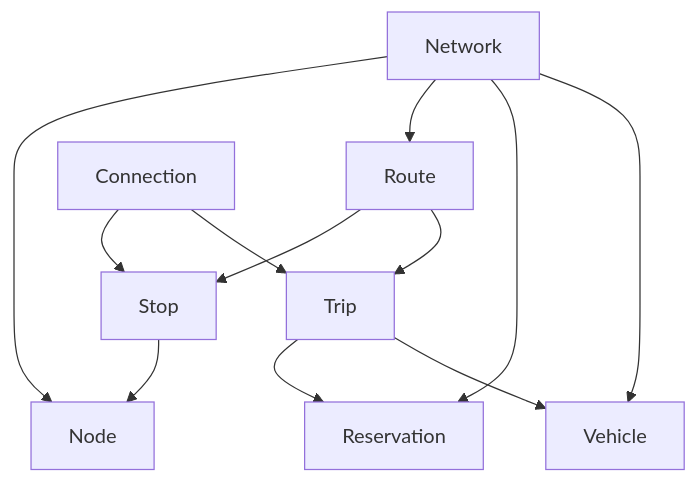
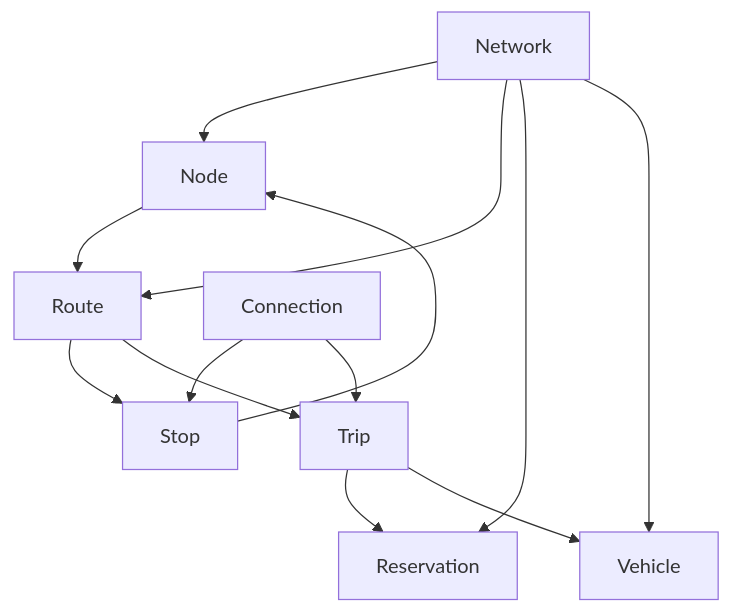
One commit to maptic/osurs changed the second of 2 diagrams in README.md. Above: the diagram before and after it, drawn with Mermaid.

Commit message:
Add connection of node to routes.

````diff
--- a/README.md
+++ b/README.md
@@ -34,14 +34,15 @@
 ```mermaid
 graph TD;
   Network-->Node;
   Network-->Route;
   Network-->Reservation;
   Network-->Vehicle;
   Route-->Stop;
   Route-->Trip;
+  Node-->Route;
   Stop-->Node;
   Trip-->Reservation;
   Trip-->Vehicle;
   Connection-->Stop;
   Connection-->Trip;
 ```
````
